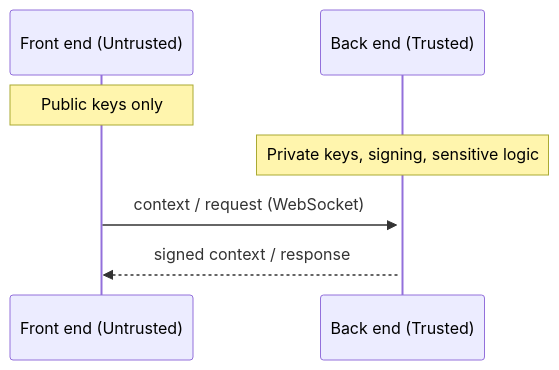
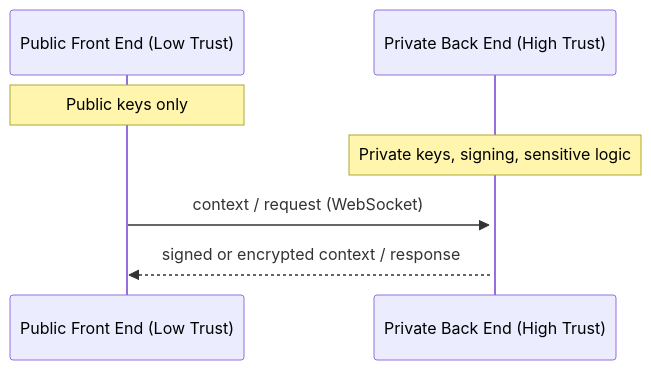
Before and after one commit to finos/FDC3: the first of 2 diagrams in website/docs/api/security.md, drawn with Mermaid. The commit also changed other lines of this file and 9 other files, not shown here.

````diff
--- a/website/docs/api/security.md
+++ b/website/docs/api/security.md
@@ -59,11 +59,11 @@
 ```mermaid
 sequenceDiagram
-    participant FE as Front end (Untrusted)
-    participant BE as Back end (Trusted)
+    participant FE as Public Front End (Low Trust)
+    participant BE as Private Back End (High Trust)
 
     Note over FE: Public keys only
     Note over BE: Private keys, signing, sensitive logic
 
     FE->>+BE: context / request (WebSocket)
-    BE-->>FE: signed context / response
+    BE-->>FE: signed or encrypted context / response
 ```
````
